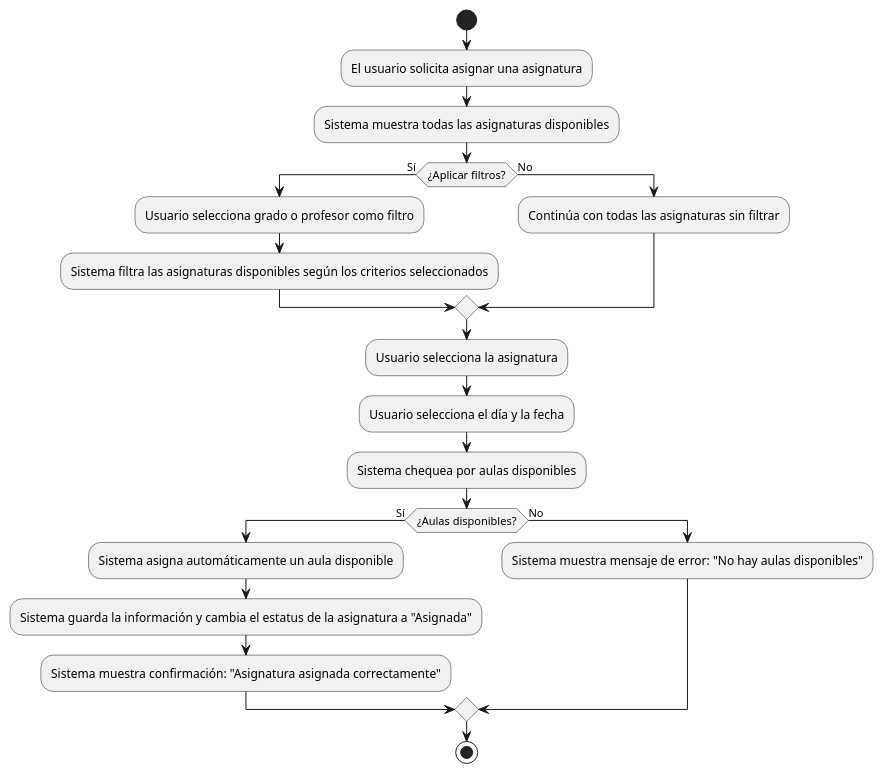
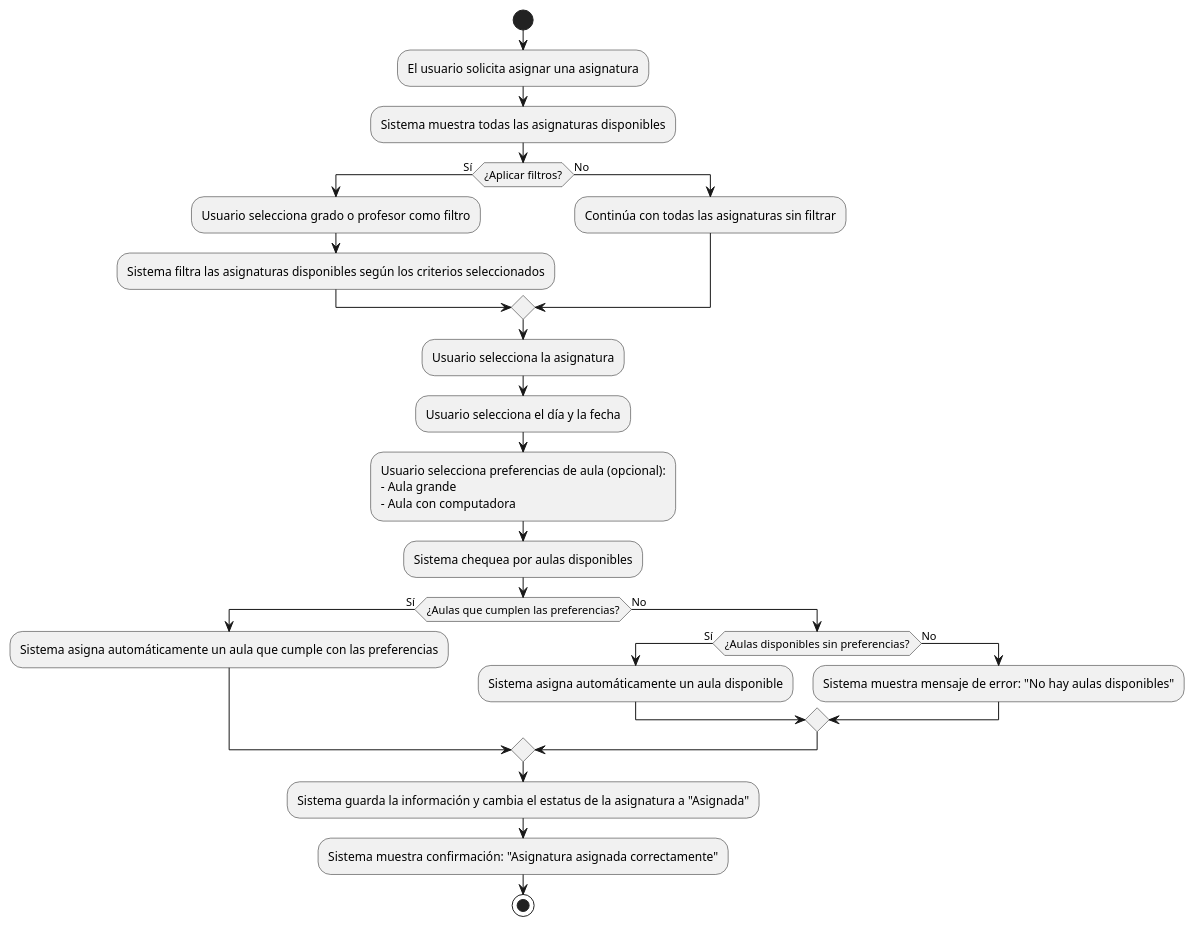
One commit to mmasias/24-25-IdSw1-SDR changed the diagram in casosDeUso/plantUML/AsignarAsignaturaHorario.puml. Above: the diagram before and after it, drawn with PlantUML. The commit also changed 1 other file, not shown here.

Commit message:
Cambio a asignar asignatura horario

```diff
--- a/casosDeUso/plantUML/AsignarAsignaturaHorario.puml
+++ b/casosDeUso/plantUML/AsignarAsignaturaHorario.puml
@@ -1,22 +1,29 @@
 @startuml
 start
 :El usuario solicita asignar una asignatura;
 :Sistema muestra todas las asignaturas disponibles;
 if (¿Aplicar filtros?) then (Sí)
   :Usuario selecciona grado o profesor como filtro;
   :Sistema filtra las asignaturas disponibles según los criterios seleccionados;
 else (No)
   :Continúa con todas las asignaturas sin filtrar;
 endif
 :Usuario selecciona la asignatura;
 :Usuario selecciona el día y la fecha;
+:Usuario selecciona preferencias de aula (opcional): 
+- Aula grande 
+- Aula con computadora;
 :Sistema chequea por aulas disponibles;
-if (¿Aulas disponibles?) then (Sí)
-  :Sistema asigna automáticamente un aula disponible;
-  :Sistema guarda la información y cambia el estatus de la asignatura a "Asignada";
-  :Sistema muestra confirmación: "Asignatura asignada correctamente";
+if (¿Aulas que cumplen las preferencias?) then (Sí)
+  :Sistema asigna automáticamente un aula que cumple con las preferencias;
 else (No)
-  :Sistema muestra mensaje de error: "No hay aulas disponibles";
+  if (¿Aulas disponibles sin preferencias?) then (Sí)
+    :Sistema asigna automáticamente un aula disponible;
+  else (No)
+    :Sistema muestra mensaje de error: "No hay aulas disponibles";
+  endif
 endif
+:Sistema guarda la información y cambia el estatus de la asignatura a "Asignada";
+:Sistema muestra confirmación: "Asignatura asignada correctamente";
 stop
 @enduml
```
